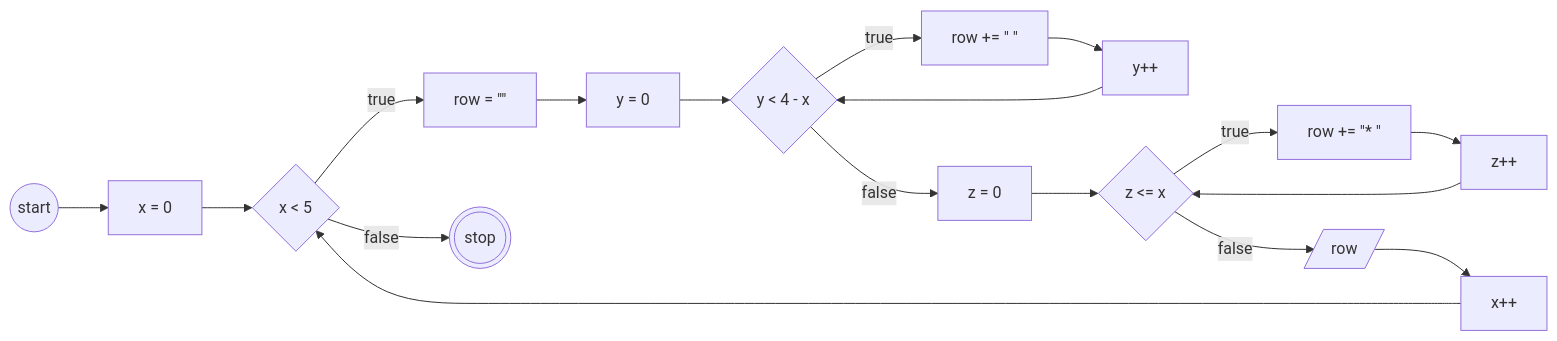
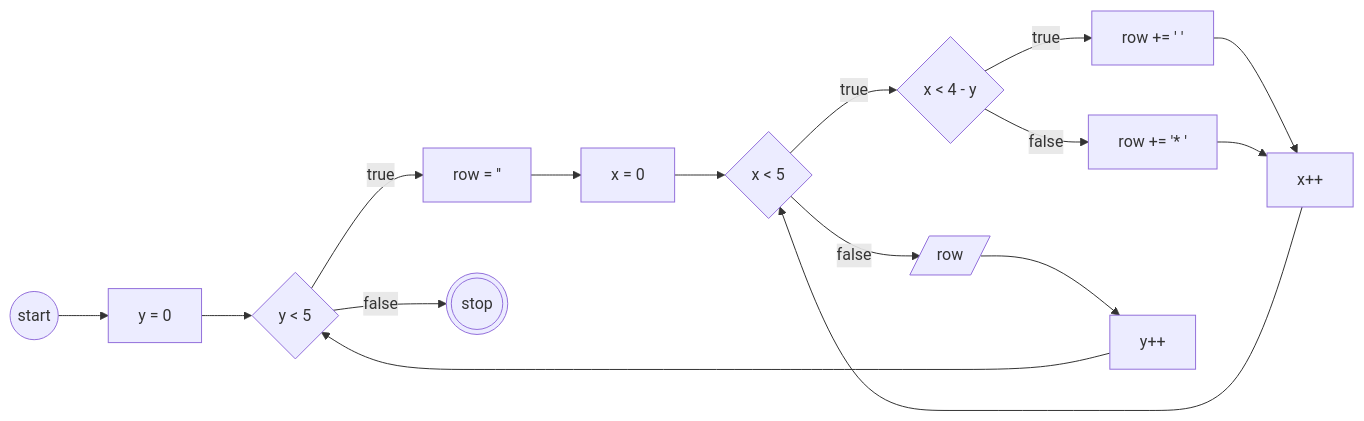
One commit to aldi-ardyansah/koda-b10-javascript3 changed the third of 4 diagrams in README.md. Above: the diagram before and after it, drawn with Mermaid.

````diff
--- a/README.md
+++ b/README.md
@@ -95,36 +95,32 @@
 ```mermaid
 flowchart LR
     A((start))
-    B[x = 0]
-    C{x < 5}
-    D[row = #quot;#quot;]
-    E[y = 0]
-    F{y < 4 - x}
-    G[row += #quot; #quot;]
-    H[y++]
-    I[z = 0]
-    J{z <= x}
-    K[row += #quot;* #quot;]
-    L[z++]
-    M[/row/]
-    N[x++]
+    B[y = 0]
+    C{y < 5}
+    D["row = ''"]
+    E[x = 0]
+    F{x < 5}
+    G{x < 4 - y}
+    H["row += ' '"]
+    I["row += '* '"]
+    J[x++]
+    K[/row/]
+    L[y++]
     Z(((stop)))
 
     A --> B
     B --> C
     C --true--> D
     D --> E
     E --> F
     F --true--> G
-    G --> H
-    H --> F
-    F --false--> I
+    G --true--> H
+    G --false--> I
+    H --> J
     I --> J
-    J --true--> K
+    J --> F
+    F --false--> K
     K --> L
-    L --> J
-    J --false--> M
-    M --> N
-    N --> C
+    L --> C
     C --false--> Z
 ```
````
